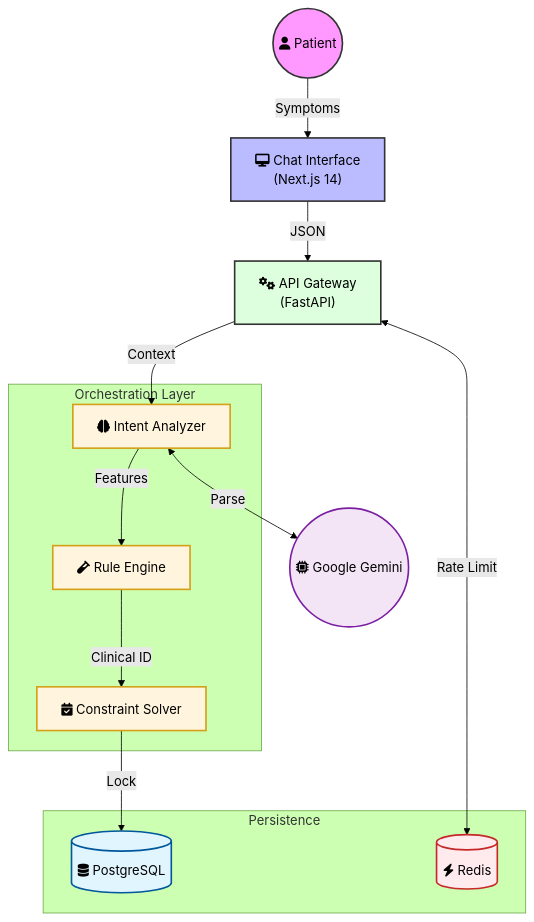
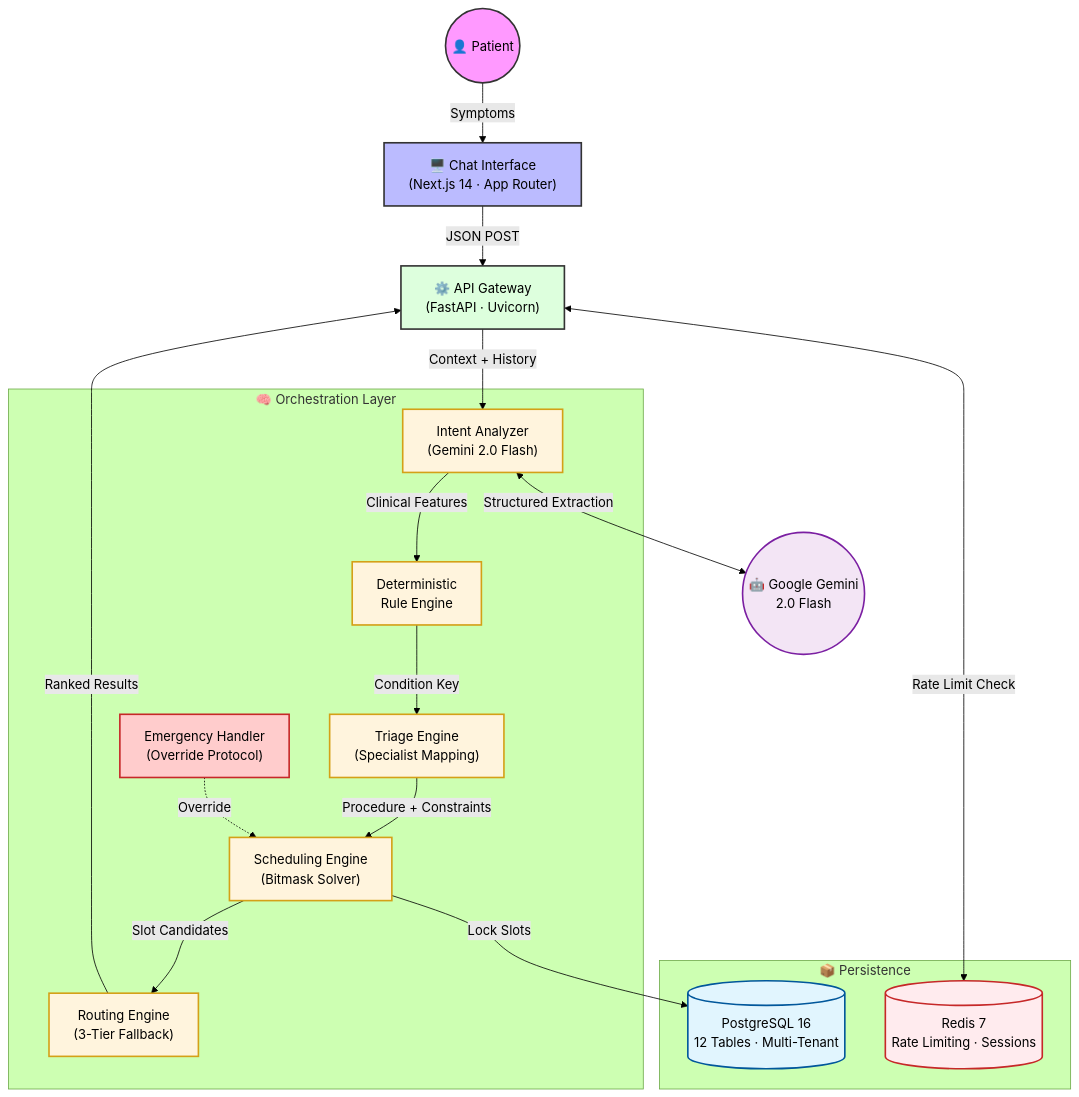
One commit to arsalannkhann/DA-AppointmentBooking changed the first of 2 diagrams in README.md. Above: the diagram before and after it, drawn with Mermaid (forest theme). The commit also changed other lines of this file and 19 other files, not shown here.

Commit message:
feat: comprehensive README with full architecture, features, engines, schema, and deployment docs + mobile-first responsive redesign across all frontend pages

````diff
--- a/README.md
+++ b/README.md
@@ -33,41 +83,48 @@
 ```mermaid
 graph TD
-    %% Node Definitions
-    User(("fa:fa-user Patient"))
-    UI["fa:fa-desktop Chat Interface<br/>(Next.js 14)"]
-    API["fa:fa-gears API Gateway<br/>(FastAPI)"]
-    
-    subgraph "Orchestration Layer"
-        IA["fa:fa-brain Intent Analyzer"]
-        RE["fa:fa-vial Rule Engine"]
-        Solver["fa:fa-calendar-check Constraint Solver"]
+    User(("👤 Patient"))
+    UI["🖥️ Chat Interface<br/>(Next.js 14 · App Router)"]
+    API["⚙️ API Gateway<br/>(FastAPI · Uvicorn)"]
+
+    subgraph "🧠 Orchestration Layer"
+        IA["Intent Analyzer<br/>(Gemini 2.0 Flash)"]
+        RE["Deterministic<br/>Rule Engine"]
+        TE["Triage Engine<br/>(Specialist Mapping)"]
+        SE["Scheduling Engine<br/>(Bitmask Solver)"]
+        RO["Routing Engine<br/>(3-Tier Fallback)"]
+        EH["Emergency Handler<br/>(Override Protocol)"]
     end
-    
-    subgraph "Persistence"
-        DB[("fa:fa-database PostgreSQL")]
-        Redis[("fa:fa-bolt Redis")]
+
+    subgraph "📦 Persistence"
+        DB[("PostgreSQL 16<br/>12 Tables · Multi-Tenant")]
+        Redis[("Redis 7<br/>Rate Limiting · Sessions")]
     end
-    
-    AI(("fa:fa-microchip Google Gemini"))
 
-    %% Flow
+    AI(("🤖 Google Gemini<br/>2.0 Flash"))
+
     User -->|Symptoms| UI
-    UI -->|JSON| API
-    API -->|Context| IA
-    IA <-->|Parse| AI
-    IA -->|Features| RE
-    RE -->|Clinical ID| Solver
-    Solver -->|Lock| DB
-    API <-->|Rate Limit| Redis
+    UI -->|JSON POST| API
+    API -->|Context + History| IA
+    IA <-->|Structured Extraction| AI
+    IA -->|Clinical Features| RE
+    RE -->|Condition Key| TE
+    TE -->|Procedure + Constraints| SE
+    SE -->|Slot Candidates| RO
+    RO -->|Ranked Results| API
+    API <-->|Rate Limit Check| Redis
+    SE -->|Lock Slots| DB
+    EH -.->|Override| SE
 
-    %% Styling
     style User fill:#f9f,stroke:#333,stroke-width:2px
     style UI fill:#bbf,stroke:#333,stroke-width:2px,color:#000
     style API fill:#dfd,stroke:#333,stroke-width:2px,color:#000
     style IA fill:#fff4dd,stroke:#d4a017,stroke-width:2px,color:#000
     style RE fill:#fff4dd,stroke:#d4a017,stroke-width:2px,color:#000
-    style Solver fill:#fff4dd,stroke:#d4a017,stroke-width:2px,color:#000
+    style TE fill:#fff4dd,stroke:#d4a017,stroke-width:2px,color:#000
+    style SE fill:#fff4dd,stroke:#d4a017,stroke-width:2px,color:#000
+    style RO fill:#fff4dd,stroke:#d4a017,stroke-width:2px,color:#000
+    style EH fill:#ffcccc,stroke:#c62828,stroke-width:2px,color:#000
     style DB fill:#e1f5fe,stroke:#01579b,stroke-width:2px,color:#000
     style Redis fill:#ffebee,stroke:#c62828,stroke-width:2px,color:#000
     style AI fill:#f3e5f5,stroke:#7b1fa2,stroke-width:2px,color:#000
 ```
````
